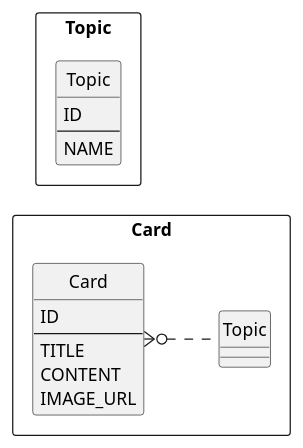
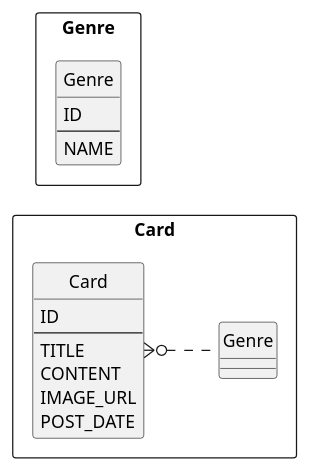
The diagram in langstack-doc/src/docs/asciidoc/datamodel/index.adoc (daisuke9021/langstack), drawn with PlantUML before and after one commit. The commit also changed 13 other files, not shown here.

```diff
--- a/langstack-doc/src/docs/asciidoc/datamodel/index.adoc
+++ b/langstack-doc/src/docs/asciidoc/datamodel/index.adoc
@@ -3,27 +3,28 @@
 [plantuml]
 ----
 left to right direction
 hide circle
 skinparam linetype ortho
 
 rectangle Card {
     entity Card {
         ID
         --
         TITLE
         CONTENT
         IMAGE_URL
+        POST_DATE
     }
-    Card }o.. Topic
+    Card }o.. Genre
 }
 
-rectangle Topic {
-    entity Topic {
+rectangle Genre {
+    entity Genre {
         ID
         --
         NAME
     }
 }
 
 
 ----
```
